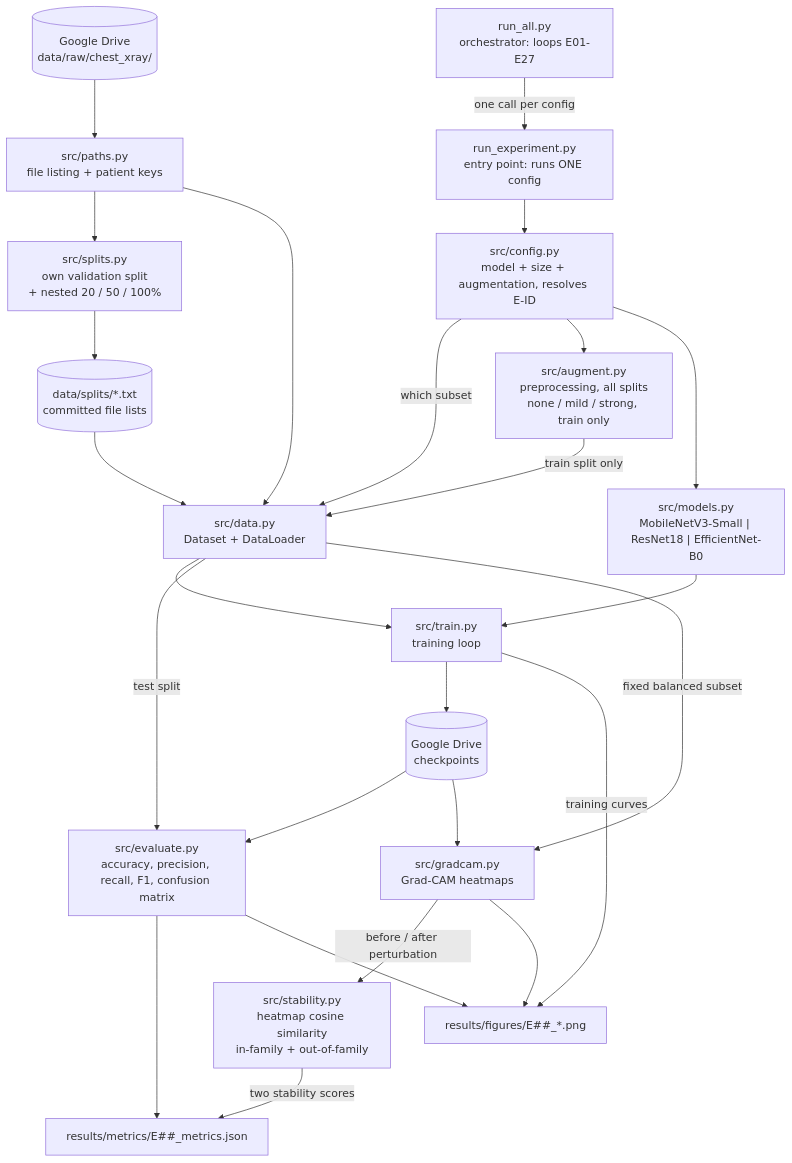
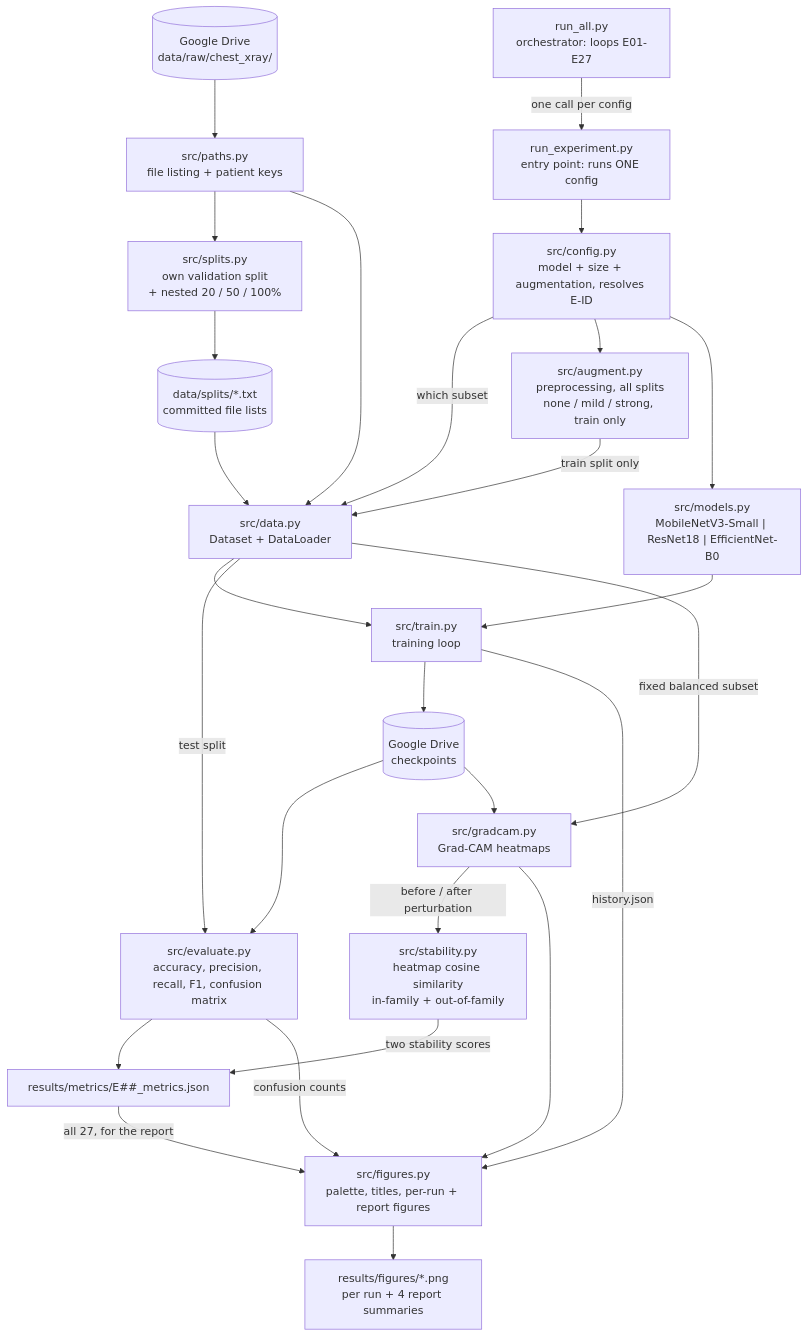
Before and after one commit to orbakish/limited-data-pneumonia-classification: the diagram in docs/architecture.md, drawn with Mermaid. The commit also changed other lines of this file and 2 other files, not shown here.

Commit message:
Document the results schema, the tuning log and the figure blocks
results/README.md (Or's file) now shows the agreed schema as a real JSON
example with the confidence-interval fields, says why the bootstrap resamples
patients and what the interval does not cover, and lists the four report
figures and the colour convention. Proposed rather than decided - it is hers
to adjust.

experiments/tuning_log.md is new, with the columns Or proposed, the nine runs,
and what is constant across them stated once above the table instead of
repeated per row. Also hers to adjust.

architecture.md marks Config, Training and Evaluation done, adds a Figures
block, and routes every figure through src/figures.py in the diagram.

````diff
--- a/docs/architecture.md
+++ b/docs/architecture.md
@@ -14,53 +14,56 @@
 ```mermaid
 flowchart TD
     RA["run_all.py<br/>orchestrator: loops E01-E27"]
     RE["run_experiment.py<br/>entry point: runs ONE config"]
     CFG["src/config.py<br/>model + size + augmentation, resolves E-ID"]
 
     RA -->|"one call per config"| RE
     RE --> CFG
 
     RAW[("Google Drive<br/>data/raw/chest_xray/")]
     PTH["src/paths.py<br/>file listing + patient keys"]
     SPL["src/splits.py<br/>own validation split<br/>+ nested 20 / 50 / 100%"]
     LST[("data/splits/*.txt<br/>committed file lists")]
     DS["src/data.py<br/>Dataset + DataLoader"]
     AUG["src/augment.py<br/>preprocessing, all splits<br/>none / mild / strong, train only"]
 
     RAW --> PTH
     PTH --> SPL
     SPL --> LST
     LST --> DS
     PTH --> DS
     CFG -->|"which subset"| DS
     AUG -->|"train split only"| DS
     CFG --> AUG
 
     MOD["src/models.py<br/>MobileNetV3-Small | ResNet18 | EfficientNet-B0"]
     TR["src/train.py<br/>training loop"]
     CKPT[("Google Drive<br/>checkpoints")]
 
     CFG --> MOD
     DS --> TR
     MOD --> TR
     TR --> CKPT
 
     EV["src/evaluate.py<br/>accuracy, precision, recall, F1, confusion matrix"]
     GC["src/gradcam.py<br/>Grad-CAM heatmaps"]
     ST["src/stability.py<br/>heatmap cosine similarity<br/>in-family + out-of-family"]
 
     CKPT --> EV
     CKPT --> GC
     DS -->|"test split"| EV
     DS -->|"fixed balanced subset"| GC
     GC -->|"before / after perturbation"| ST
 
+    FG["src/figures.py<br/>palette, titles, per-run + report figures"]
     MET["results/metrics/E##_metrics.json"]
-    FIG["results/figures/E##_*.png"]
+    FIG["results/figures/*.png<br/>per run + 4 report summaries"]
 
     EV --> MET
     ST -->|"two stability scores"| MET
-    EV --> FIG
-    GC --> FIG
-    TR -->|"training curves"| FIG
+    EV -->|"confusion counts"| FG
+    GC --> FG
+    TR -->|"history.json"| FG
+    MET -->|"all 27, for the report"| FG
+    FG --> FIG
 ```
````
